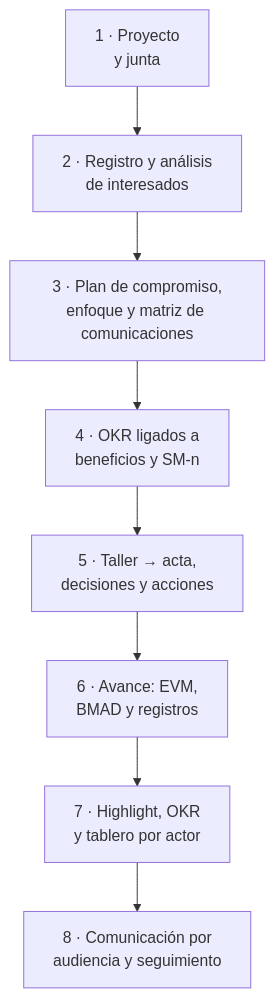
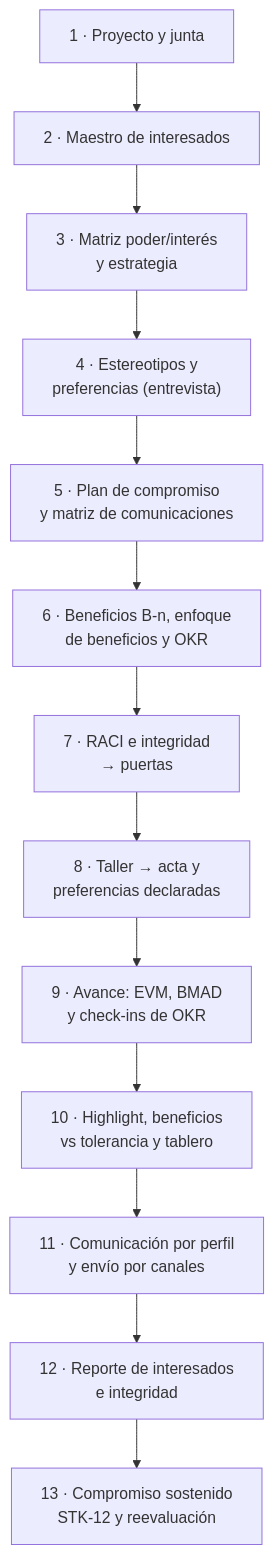
One commit to Arturo-Penas-Rial/pm-method changed the first of 4 diagrams in docs/guias/E2E-3-interesados-okr-avance.md. Above: the diagram before and after it, drawn with Mermaid. The commit also changed other lines of this file and 144 other files, not shown here.

Commit message:
pm-method 2.2.0: maestro de interesados, capa de canales, OKR v2.2, riesgos desde cuatro fuentes y controles permanentes

````diff
--- a/docs/guias/E2E-3-interesados-okr-avance.md
+++ b/docs/guias/E2E-3-interesados-okr-avance.md
@@ -16,8 +28,10 @@
 ```mermaid
 flowchart TB
-    a["1 · Proyecto<br/>y junta"] --> b["2 · Registro y análisis<br/>de interesados"]
-    b --> c["3 · Plan de compromiso,<br/>enfoque y matriz de comunicaciones"]
-    c --> d["4 · OKR ligados a<br/>beneficios y SM-n"] --> e["5 · Taller → acta,<br/>decisiones y acciones"]
-    e --> f["6 · Avance: EVM,<br/>BMAD y registros"] --> g["7 · Highlight, OKR<br/>y tablero por actor"]
-    g --> h["8 · Comunicación por<br/>audiencia y seguimiento"]
+    a["1 · Proyecto y junta"] --> b["2 · Maestro de interesados"]
+    b --> c["3 · Matriz poder/interés<br/>y estrategia"] --> d["4 · Estereotipos y<br/>preferencias (entrevista)"]
+    d --> e["5 · Plan de compromiso<br/>y matriz de comunicaciones"] --> f["6 · Beneficios B-n, enfoque<br/>de beneficios y OKR"]
+    f --> g["7 · RACI e integridad<br/>→ puertas"] --> h["8 · Taller → acta y<br/>preferencias declaradas"]
+    h --> i["9 · Avance: EVM, BMAD<br/>y check-ins de OKR"] --> j["10 · Highlight, beneficios<br/>vs tolerancia y tablero"]
+    j --> k["11 · Comunicación por perfil<br/>y envío por canales"] --> l["12 · Reporte de interesados<br/>e integridad"]
+    l --> m["13 · Compromiso sostenido<br/>STK-12 y reevaluación"]
 ```
````
